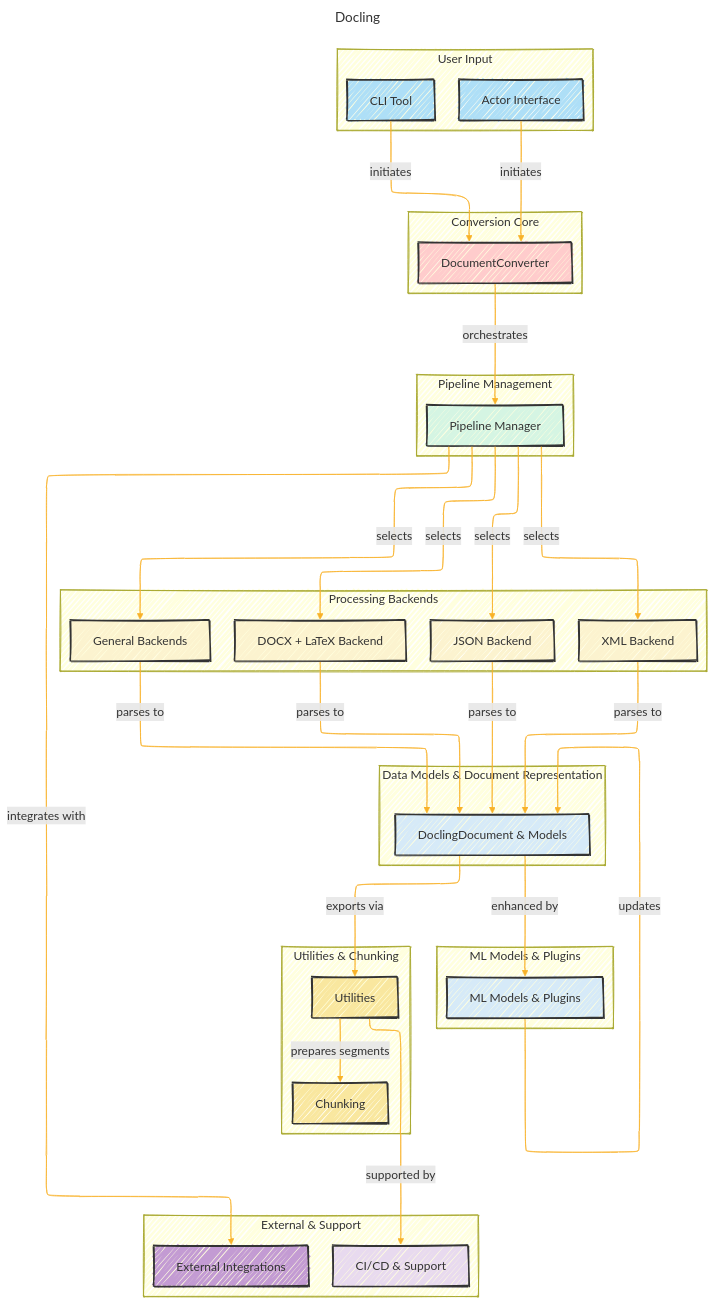
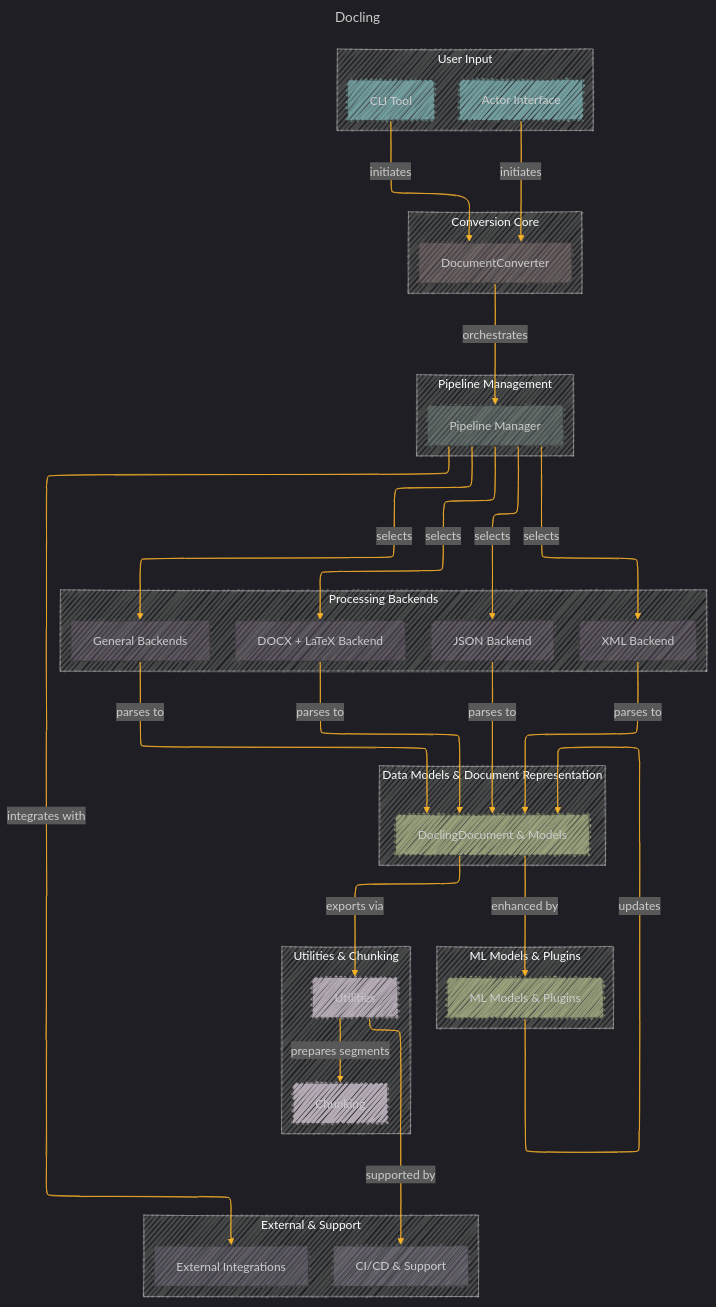
One commit to CongLeSolutionX/ArchExplorer changed the diagram in DOCLING_PROJECT/docling.md. Above: the diagram before and after it, drawn with Mermaid.

Commit message:
update notes

````diff
--- a/DOCLING_PROJECT/docling.md
+++ b/DOCLING_PROJECT/docling.md
@@ -34,7 +34,7 @@
 config:
   layout: elk
   look: handDrawn
-  theme: default
+  theme: dark
 ---
 %%%%%%%% Mermaid version v11.4.1-b.14
 %%%%%%%% Toggle theme value to `base` to activate the initilization below for the customized theme version.
@@ -130,13 +130,13 @@
     click CH "https://github.com/docling-project/docling/tree/main/docling/chunking"
 
     %% Styles
-    classDef interface fill:#AEDFF7,stroke:#333,stroke-width:2px
-    classDef core fill:#FFCCCC,stroke:#333,stroke-width:2px
-    classDef pipelines fill:#D5F5E3,stroke:#333,stroke-width:2px
-    classDef backends fill:#FCF3CF,stroke:#333,stroke-width:2px
-    classDef models fill:#D6EAF8,stroke:#333,stroke-width:2px
-    classDef utilities fill:#F9E79F,stroke:#333,stroke-width:2px
-    classDef external fill:#C39BD3,stroke:#333,stroke-width:2px
-    classDef cicd fill:#E8DAEF,stroke:#333,stroke-width:2px
+    classDef interface fill:#AFF7,stroke:#333,stroke-width:0.5px
+    classDef core fill:#FCC3,stroke:#333,stroke-width:0.5px
+    classDef pipelines fill:#DFE3,stroke:#333,stroke-width:0.5px
+    classDef backends fill:#FCF2,stroke:#333,stroke-width:0.5px
+    classDef models fill:#DEA8,stroke:#333,stroke-width:0.5px
+    classDef utilities fill:#FEF9,stroke:#333,stroke-width:0.5px
+    classDef external fill:#CBD3,stroke:#333,stroke-width:0.5px
+    classDef cicd fill:#EDF3,stroke:#333,stroke-width:0.5px
     
 ```
````
